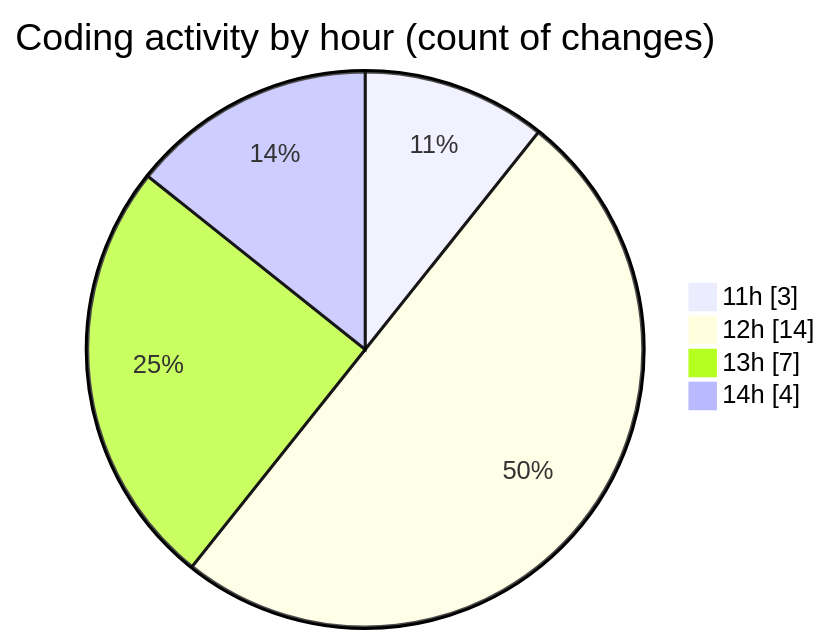
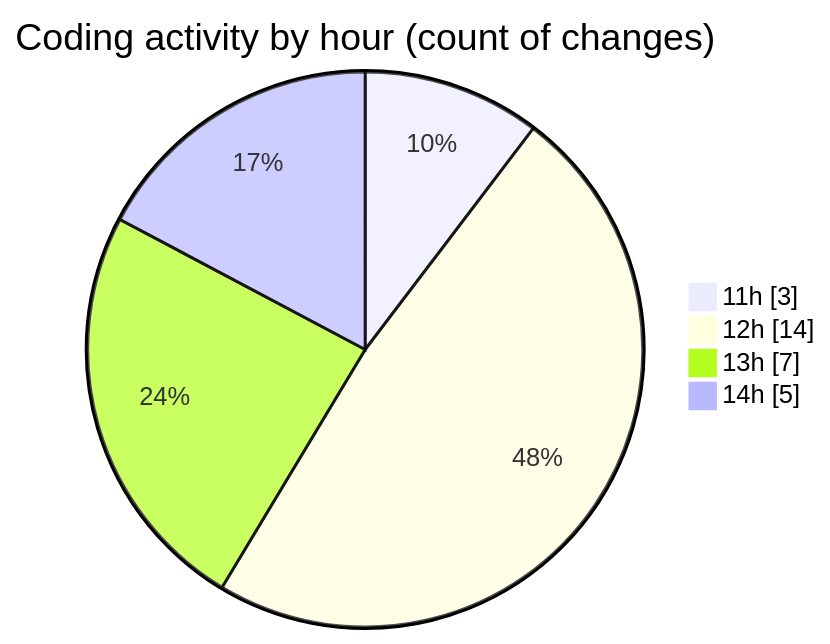
One commit to nxtqubesakshisongat/code-tracking changed the second of 2 diagrams in 2026-01-06/nxtqube_webapp/README.md. Above: the diagram before and after it, drawn with Mermaid. The commit also changed other lines of this file and 1 other file, not shown here.

````diff
--- a/2026-01-06/nxtqube_webapp/README.md
+++ b/2026-01-06/nxtqube_webapp/README.md
@@ -29,8 +29,8 @@
 ```mermaid
 pie showData
 title Coding activity by hour (count of changes)
 "11h" : 3
 "12h" : 14
 "13h" : 7
-"14h" : 4
+"14h" : 5
 ```
````
